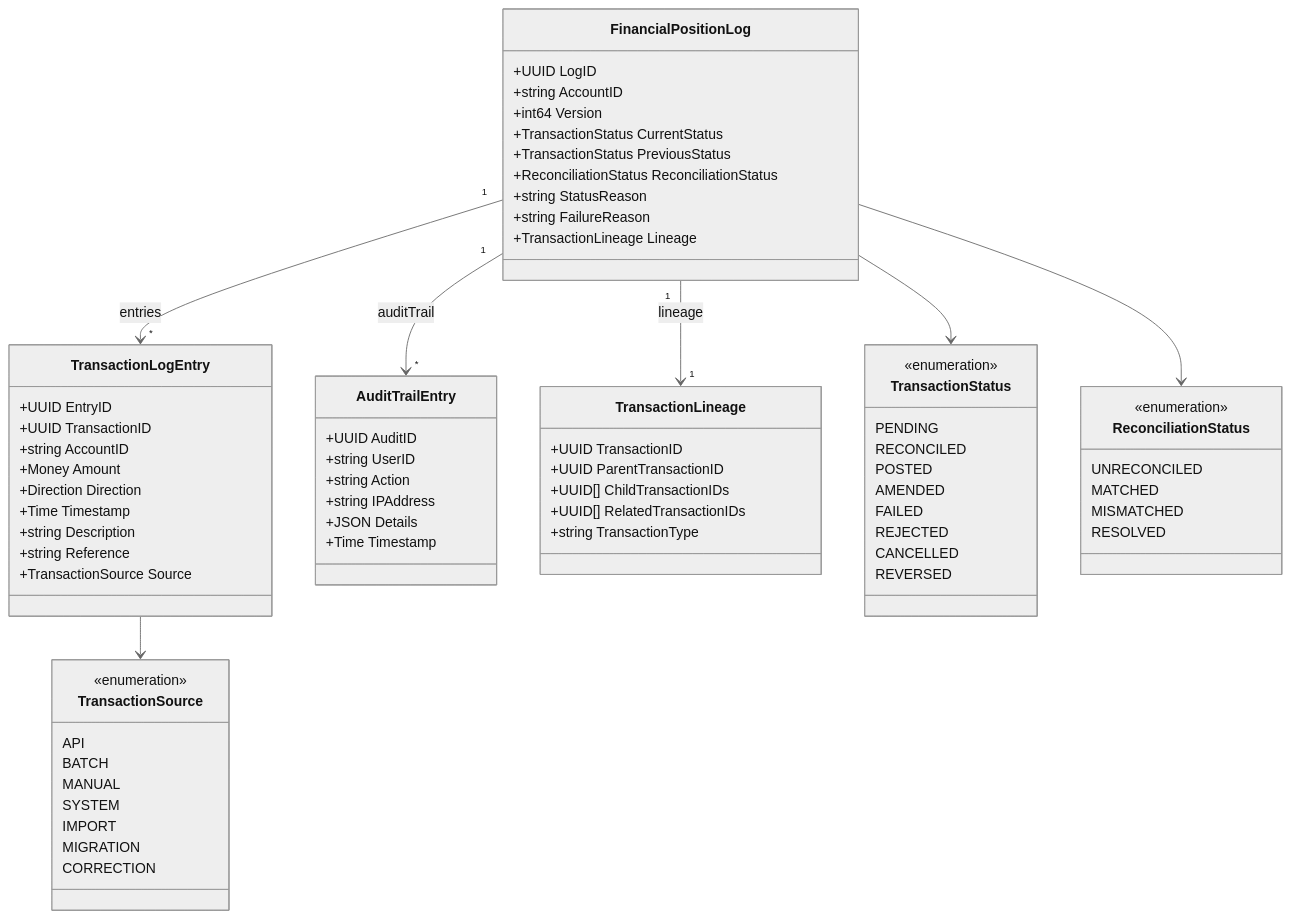
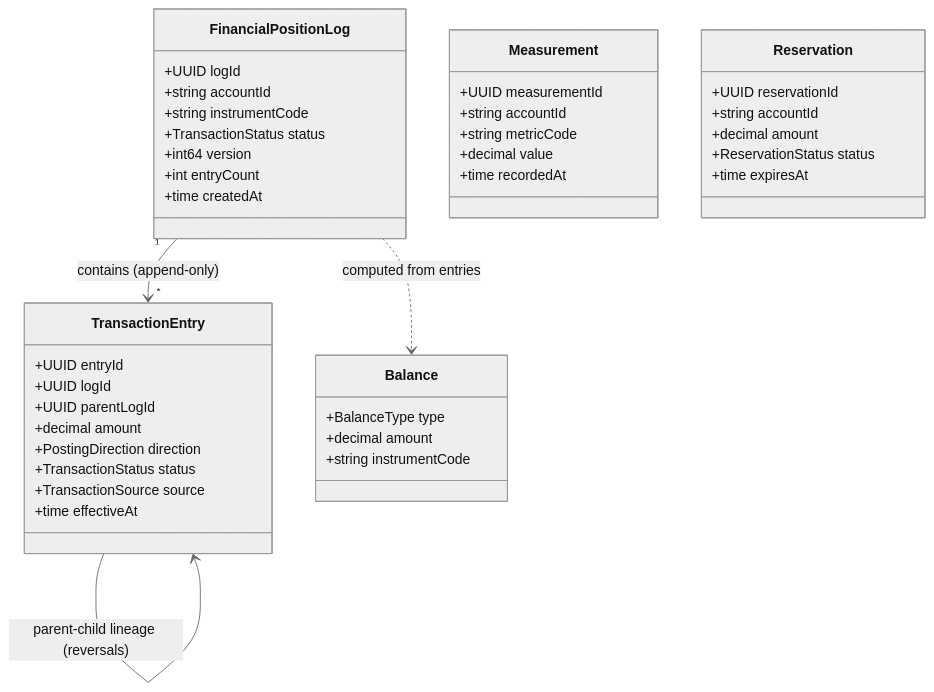
One commit to meridianhub/meridian changed the diagram in services/position-keeping/README.md. Above: the diagram before and after it, drawn with Mermaid (neutral theme). The commit also changed other lines of this file and 4 other files, not shown here.

````diff
--- a/services/position-keeping/README.md
+++ b/services/position-keeping/README.md
@@ -74,81 +79,44 @@
 ```mermaid
 classDiagram
     class FinancialPositionLog {
-        +UUID LogID
-        +string AccountID
-        +int64 Version
-        +TransactionStatus CurrentStatus
-        +TransactionStatus PreviousStatus
-        +ReconciliationStatus ReconciliationStatus
-        +string StatusReason
-        +string FailureReason
-        +TransactionLineage Lineage
+        +UUID logId
+        +string accountId
+        +string instrumentCode
+        +TransactionStatus status
+        +int64 version
+        +int entryCount
+        +time createdAt
     }
-
-    class TransactionLogEntry {
-        +UUID EntryID
-        +UUID TransactionID
-        +string AccountID
-        +Money Amount
-        +Direction Direction
-        +Time Timestamp
-        +string Description
-        +string Reference
-        +TransactionSource Source
+    class TransactionEntry {
+        +UUID entryId
+        +UUID logId
+        +UUID parentLogId
+        +decimal amount
+        +PostingDirection direction
+        +TransactionStatus status
+        +TransactionSource source
+        +time effectiveAt
     }
-
-    class AuditTrailEntry {
-        +UUID AuditID
-        +string UserID
-        +string Action
-        +string IPAddress
-        +JSON Details
-        +Time Timestamp
+    class Balance {
+        +BalanceType type
+        +decimal amount
+        +string instrumentCode
     }
-
-    class TransactionLineage {
-        +UUID TransactionID
-        +UUID ParentTransactionID
-        +UUID[] ChildTransactionIDs
-        +UUID[] RelatedTransactionIDs
-        +string TransactionType
+    class Measurement {
+        +UUID measurementId
+        +string accountId
+        +string metricCode
+        +decimal value
+        +time recordedAt
     }
-
-    class TransactionStatus {
-        <<enumeration>>
-        PENDING
-        RECONCILED
-        POSTED
-        AMENDED
-        FAILED
-        REJECTED
-        CANCELLED
-        REVERSED
+    class Reservation {
+        +UUID reservationId
+        +string accountId
+        +decimal amount
+        +ReservationStatus status
+        +time expiresAt
     }
-
-    class ReconciliationStatus {
-        <<enumeration>>
-        UNRECONCILED
-        MATCHED
-        MISMATCHED
-        RESOLVED
-    }
-
-    class TransactionSource {
-        <<enumeration>>
-        API
-        BATCH
-        MANUAL
-        SYSTEM
-        IMPORT
-        MIGRATION
-        CORRECTION
-    }
-
-    FinancialPositionLog "1" --> "*" TransactionLogEntry : entries
-    FinancialPositionLog "1" --> "*" AuditTrailEntry : auditTrail
-    FinancialPositionLog "1" --> "1" TransactionLineage : lineage
-    FinancialPositionLog --> TransactionStatus
-    FinancialPositionLog --> ReconciliationStatus
-    TransactionLogEntry --> TransactionSource
+    FinancialPositionLog "1" --> "*" TransactionEntry : contains (append-only)
+    TransactionEntry --> TransactionEntry : parent-child lineage (reversals)
+    FinancialPositionLog ..> Balance : computed from entries
 ```
````
